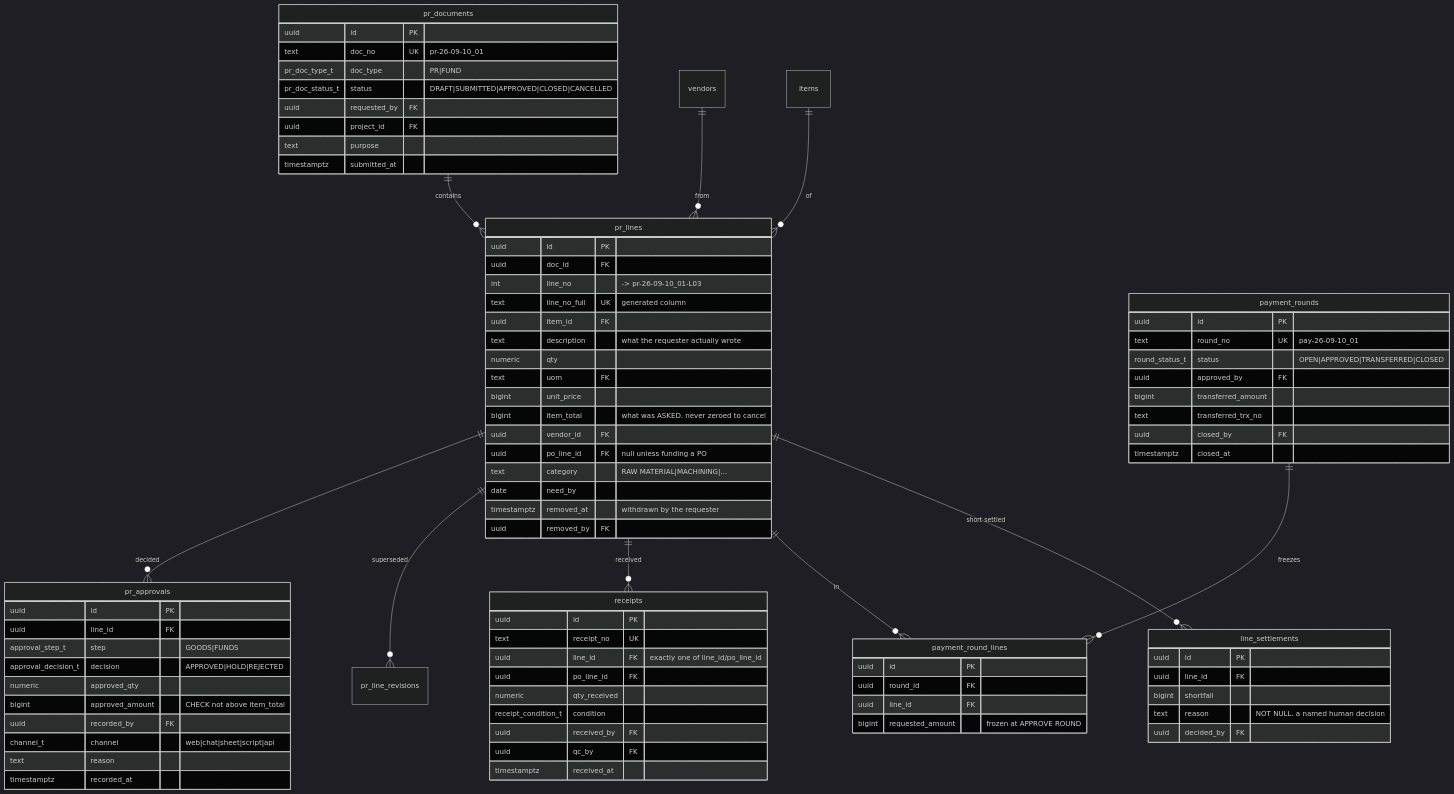
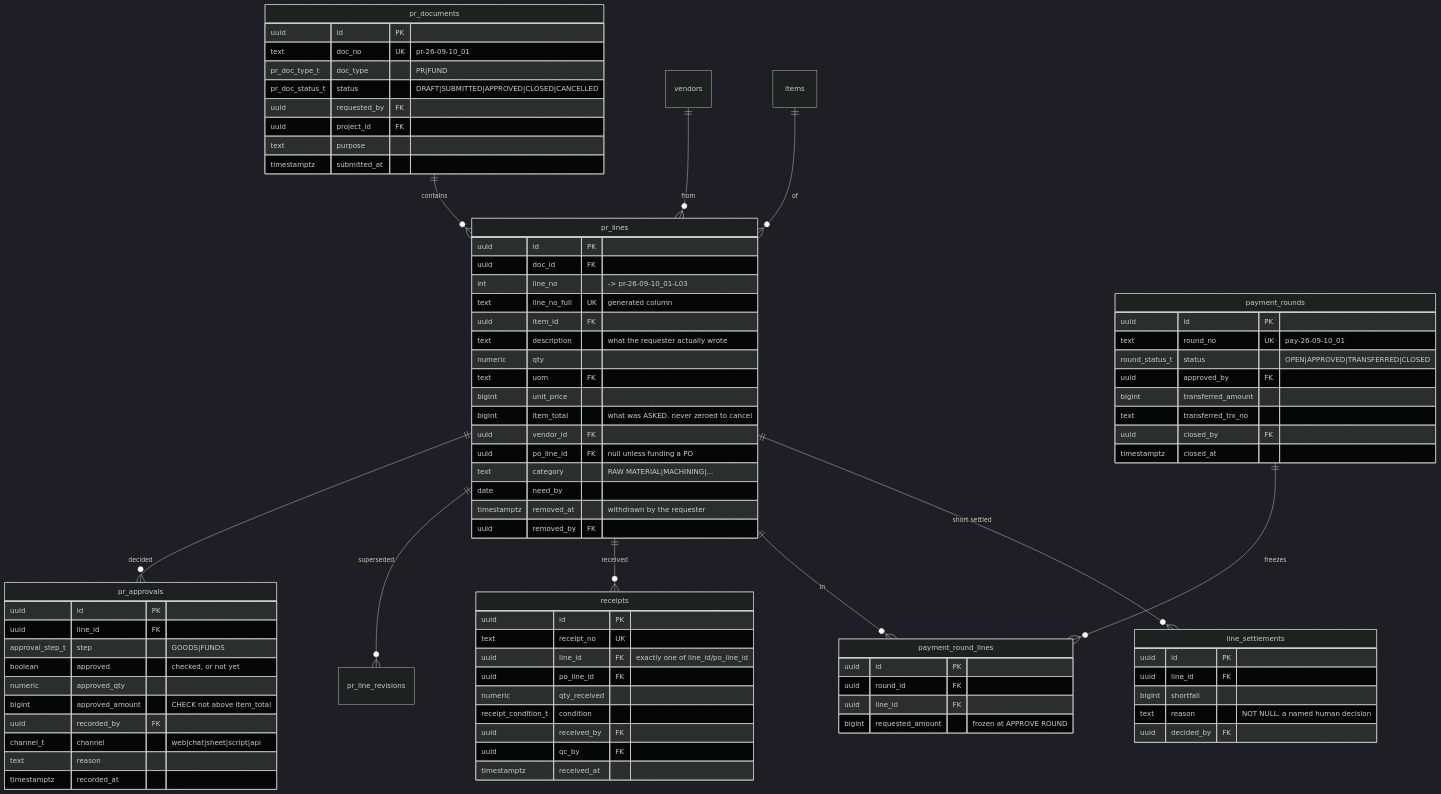
Before and after one commit to talait/ops-talaliving: the third of 5 diagrams in docs/plan/02-database.md, drawn with Mermaid (dark theme). The commit also changed other lines of this file and 6 other files, not shown here.

```diff
--- a/docs/plan/02-database.md
+++ b/docs/plan/02-database.md
@@ -305,7 +305,7 @@
         uuid id PK
         uuid line_id FK
         approval_step_t step "GOODS|FUNDS"
-        approval_decision_t decision "APPROVED|HOLD|REJECTED"
+        boolean approved "checked, or not yet"
         numeric approved_qty
         bigint approved_amount "CHECK not above item_total"
         uuid recorded_by FK
```
